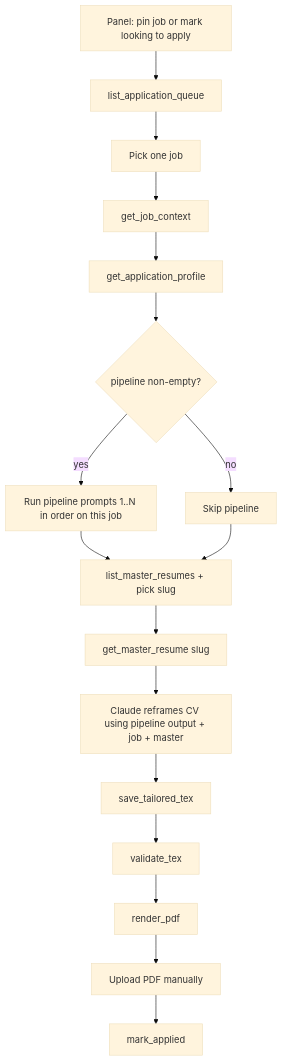
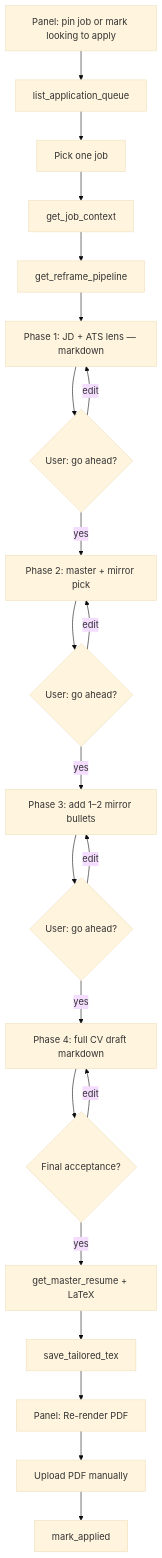
One commit to AminMortezaie/relocation-jobs changed the diagram in docs/reference/mcp-application.md. Above: the diagram before and after it, drawn with Mermaid (base theme). The commit also changed other lines of this file and 24 other files, not shown here.

First line of the commit message:
Introduce enhanced PDF management for tailored resumes, including filename standardization, download capability, and master resume rendering. Update LaTeX handling with improved Tectonic compatibility and sanitize logic. Add corresponding API endpoints, UI updates, and comprehensive test coverage.

````diff
--- a/docs/reference/mcp-application.md
+++ b/docs/reference/mcp-application.md
@@ -107,19 +109,24 @@
 ```mermaid
 flowchart TD
   A[Panel: pin job or mark looking to apply] --> B[list_application_queue]
   B --> C[Pick one job]
   C --> D[get_job_context]
-  D --> E[get_application_profile]
-  E --> F{pipeline non-empty?}
-  F -->|yes| G[Run pipeline prompts 1..N in order on this job]
-  F -->|no| H[Skip pipeline]
-  G --> I[list_master_resumes + pick slug]
-  H --> I
-  I --> J[get_master_resume slug]
-  J --> K[Claude reframes CV using pipeline output + job + master]
-  K --> L[save_tailored_tex]
-  L --> M[validate_tex]
-  M --> N[render_pdf]
-  N --> O[Upload PDF manually]
-  O --> P[mark_applied]
+  D --> E[get_reframe_pipeline]
+  E --> F[Phase 1: JD + ATS lens — markdown]
+  F --> G{User: go ahead?}
+  G -->|edit| F
+  G -->|yes| H[Phase 2: master + mirror pick]
+  H --> I{User: go ahead?}
+  I -->|edit| H
+  I -->|yes| J[Phase 3: add 1–2 mirror bullets]
+  J --> K{User: go ahead?}
+  K -->|edit| J
+  K -->|yes| L[Phase 4: full CV draft markdown]
+  L --> M{Final acceptance?}
+  M -->|edit| L
+  M -->|yes| N[get_master_resume + LaTeX]
+  N --> O[save_tailored_tex]
+  O --> P[Panel: Re-render PDF]
+  P --> Q[Upload PDF manually]
+  Q --> R[mark_applied]
 ```
````
